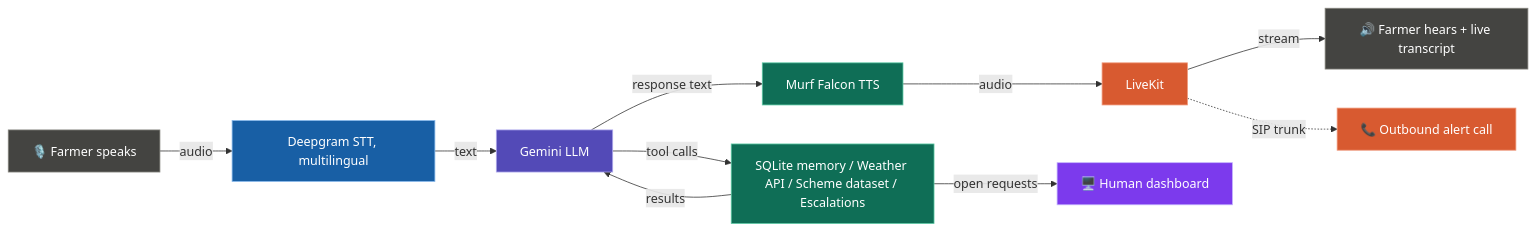
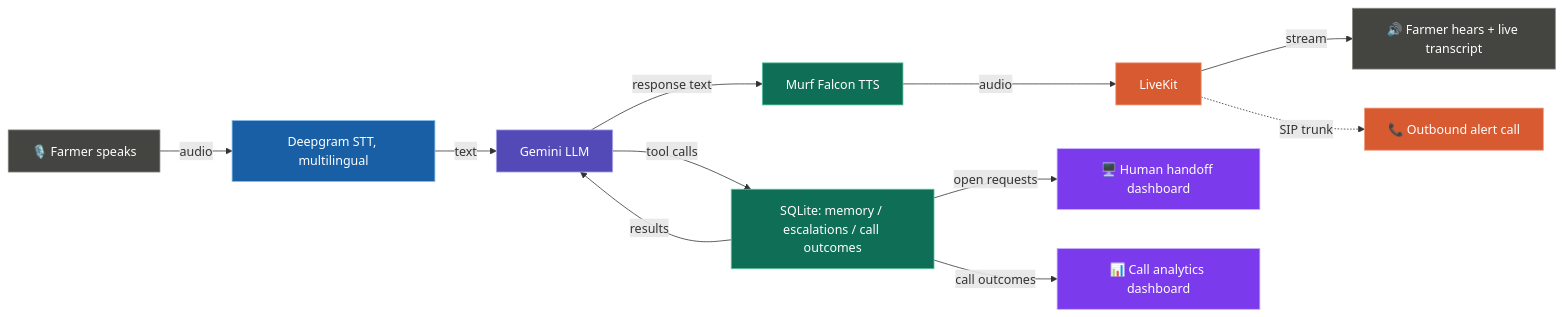
The diagram in README.md (MEHWISH310/murf-livekit-starter), drawn with Mermaid before and after one commit. The commit also changed other lines of this file and 5 other files, not shown here.

````diff
--- a/README.md
+++ b/README.md
@@ -21,22 +21,24 @@
 ```mermaid
 flowchart LR
     A[🎙️ Farmer speaks] -->|audio| B[Deepgram STT, multilingual]
     B -->|text| C[Gemini LLM]
-    C -->|tool calls| D[SQLite memory / Weather API / Scheme dataset / Escalations]
+    C -->|tool calls| D[SQLite: memory / escalations / call outcomes]
     D -->|results| C
     C -->|response text| E[Murf Falcon TTS]
     E -->|audio| F[LiveKit]
     F -->|stream| G[🔊 Farmer hears + live transcript]
     F -.->|SIP trunk| H[📞 Outbound alert call]
-    D -->|open requests| I[🖥️ Human dashboard]
+    D -->|open requests| I[🖥️ Human handoff dashboard]
+    D -->|call outcomes| J[📊 Call analytics dashboard]
 
     style A fill:#444441,stroke:#888780,color:#fff
     style B fill:#185FA5,stroke:#85B7EB,color:#fff
     style C fill:#534AB7,stroke:#AFA9EC,color:#fff
     style D fill:#0F6E56,stroke:#5DCAA5,color:#fff
     style E fill:#0F6E56,stroke:#5DCAA5,color:#fff
     style F fill:#D85A30,stroke:#F0997B,color:#fff
     style G fill:#444441,stroke:#888780,color:#fff
     style H fill:#D85A30,stroke:#F0997B,color:#fff
     style I fill:#7C3AED,stroke:#C4B5FD,color:#fff
+    style J fill:#7C3AED,stroke:#C4B5FD,color:#fff
 ```
````
